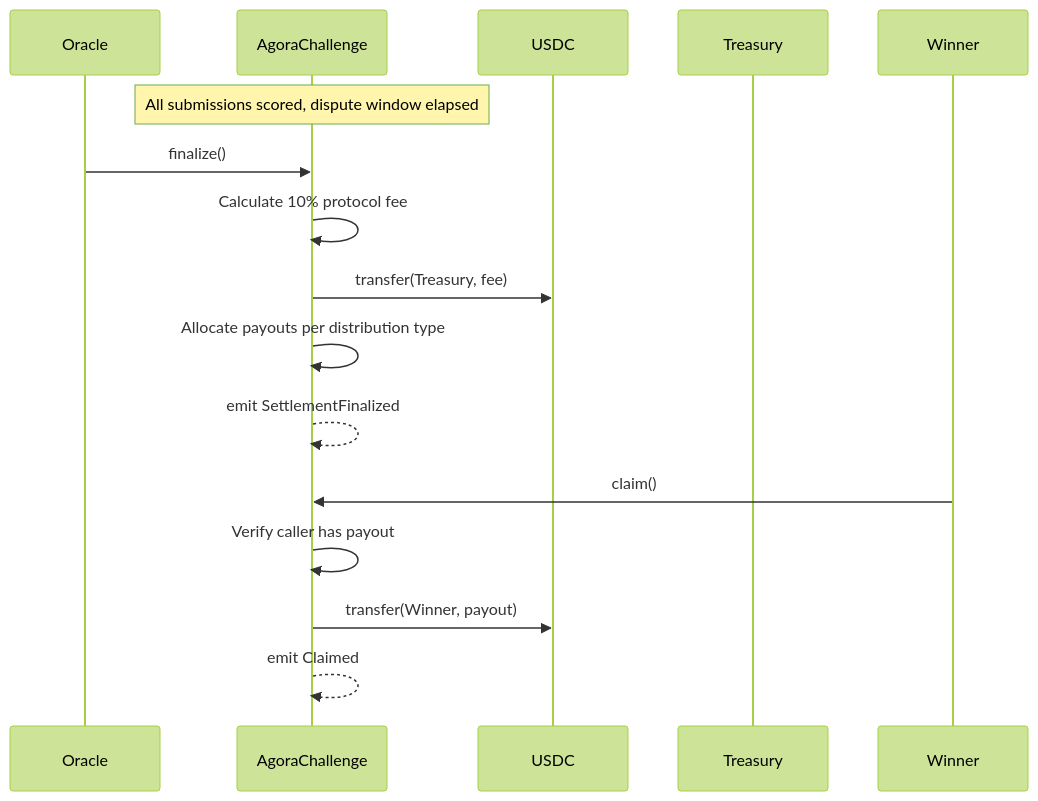
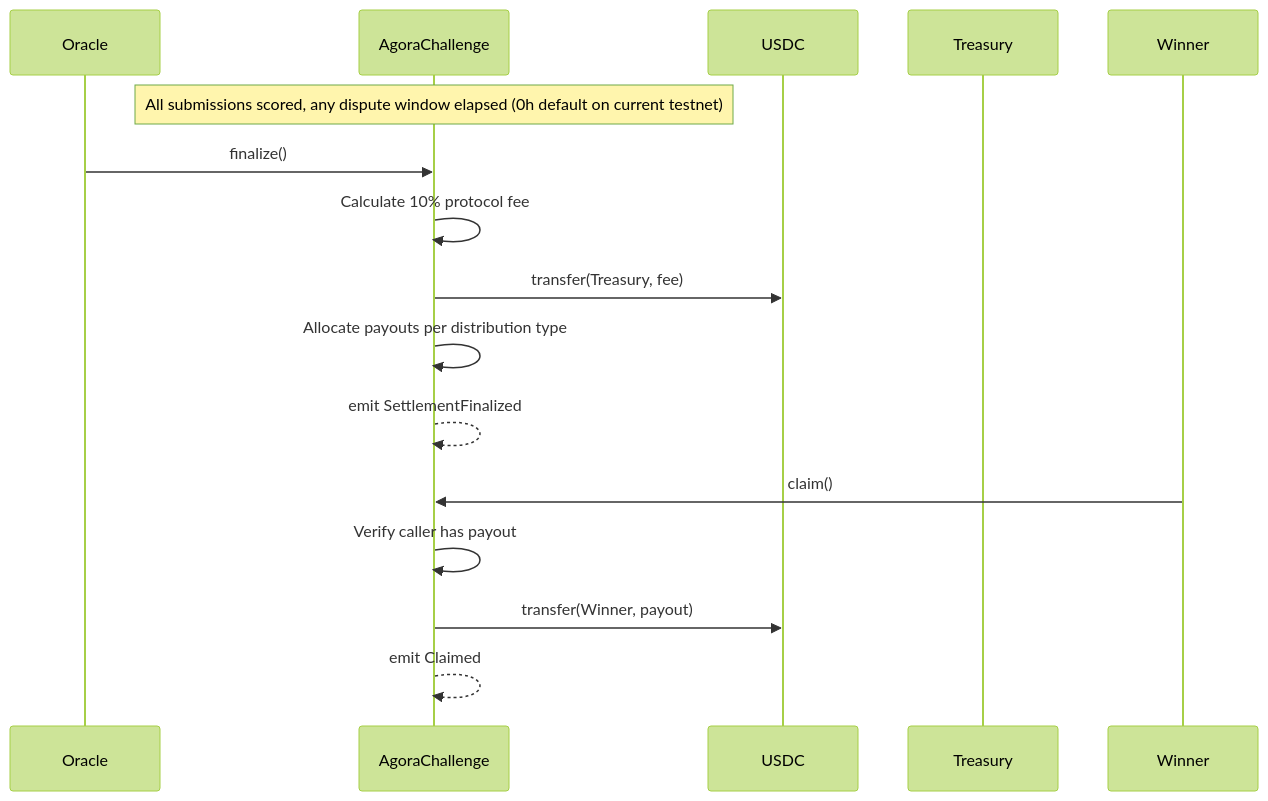
Before and after one commit to andymolecule/Hermes: the third of 3 diagrams in docs/protocol.md, drawn with Mermaid (forest theme). The commit also changed other lines of this file and 23 other files, not shown here.

Commit message:
testnet: default challenges to zero-hour dispute windows

````diff
--- a/docs/protocol.md
+++ b/docs/protocol.md
@@ -137,21 +137,21 @@
 ```mermaid
 sequenceDiagram
     participant Oracle
     participant Challenge as AgoraChallenge
     participant USDC
     participant Treasury
     participant Winner
 
-    Note over Challenge: All submissions scored, dispute window elapsed
+    Note over Challenge: All submissions scored, any dispute window elapsed (0h default on current testnet)
 
     Oracle->>Challenge: finalize()
     Challenge->>Challenge: Calculate 10% protocol fee
     Challenge->>USDC: transfer(Treasury, fee)
     Challenge->>Challenge: Allocate payouts per distribution type
     Challenge-->>Challenge: emit SettlementFinalized
 
     Winner->>Challenge: claim()
     Challenge->>Challenge: Verify caller has payout
     Challenge->>USDC: transfer(Winner, payout)
     Challenge-->>Challenge: emit Claimed
 ```
````
